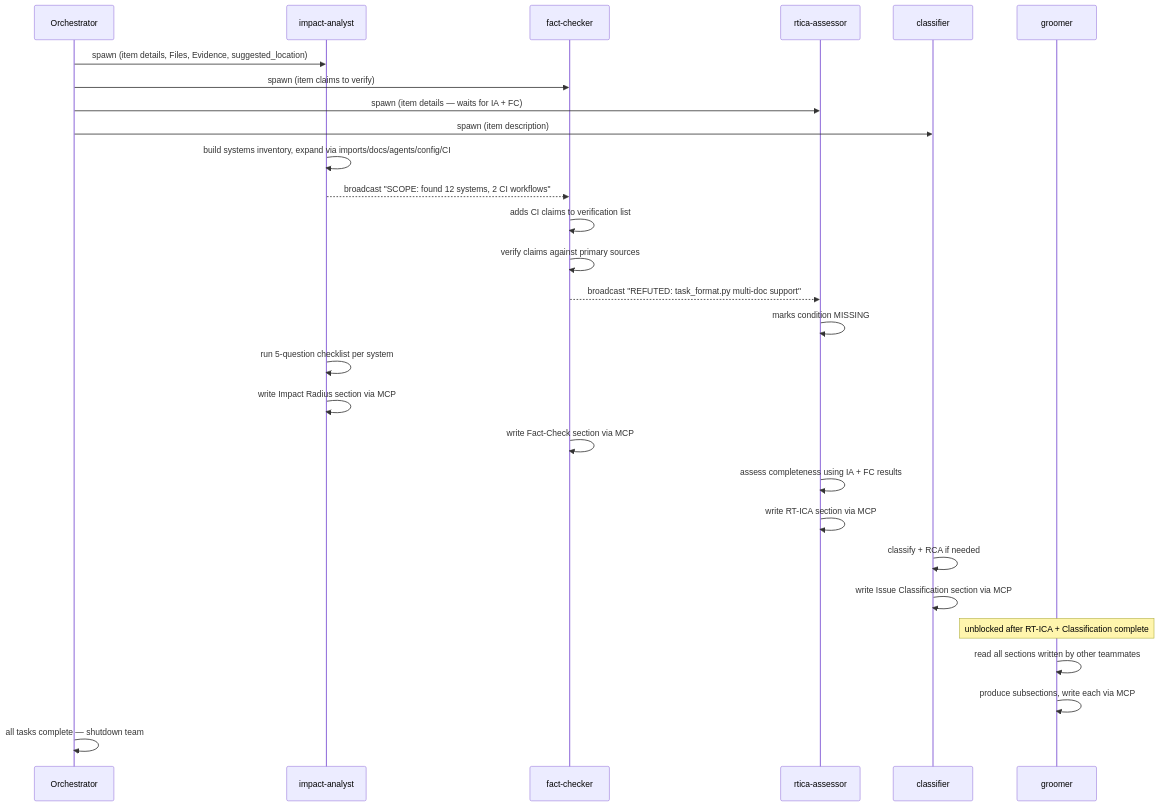
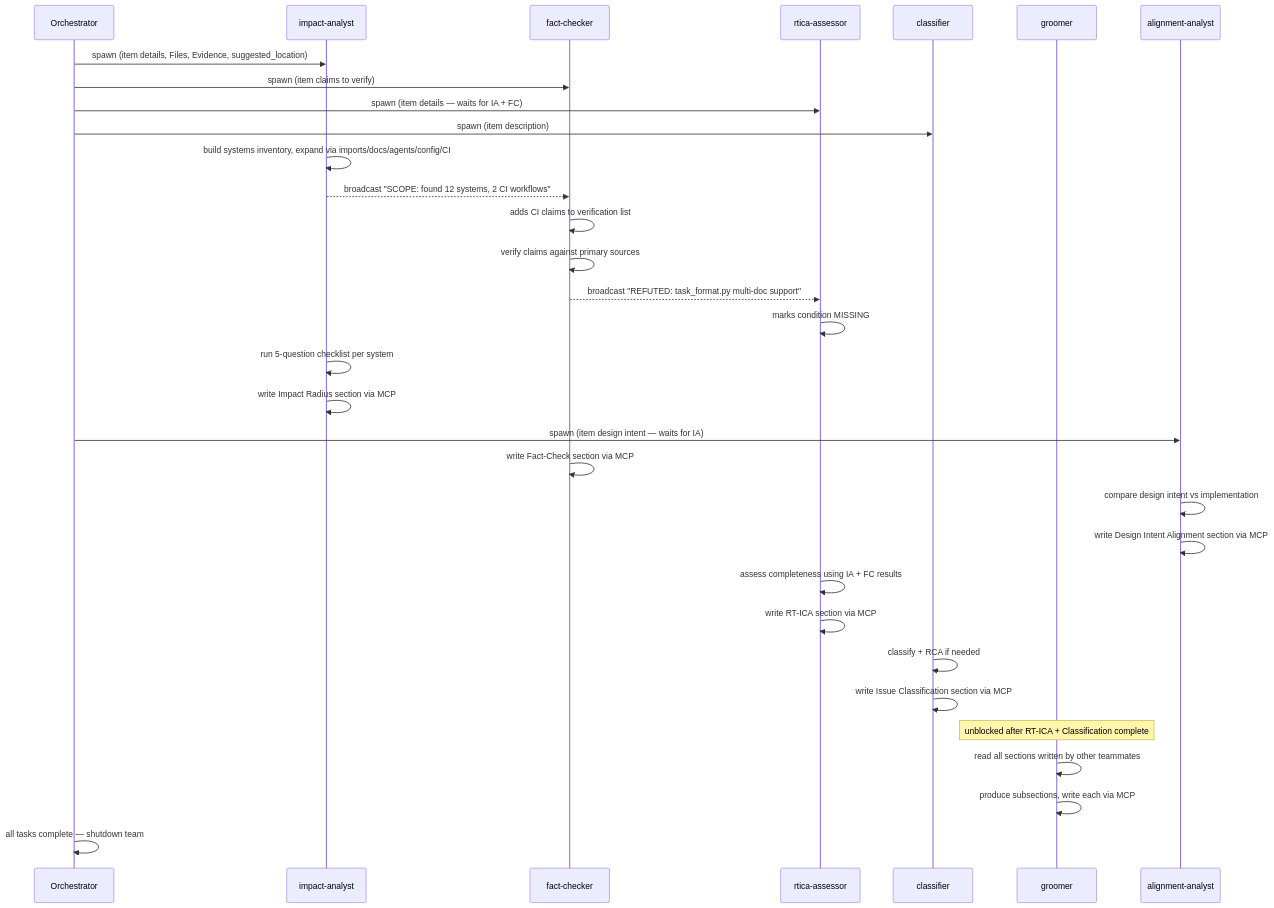
One commit to chgreer1070/claude_skills changed the first of 2 diagrams in plugins/development-harness/skills/work-backlog-item/references/workflows/groom/swarm.md. Above: the diagram before and after it, drawn with Mermaid. The commit also changed other lines of this file and 5 other files, not shown here.

First line of the commit message:
feat(dh): integrate alignment-analyst into grooming swarm (#996)

````diff
--- a/plugins/development-harness/skills/work-backlog-item/references/workflows/groom/swarm.md
+++ b/plugins/development-harness/skills/work-backlog-item/references/workflows/groom/swarm.md
@@ -47,39 +52,44 @@
 ```mermaid
 sequenceDiagram
     participant O as Orchestrator
     participant IA as impact-analyst
     participant FC as fact-checker
     participant RT as rtica-assessor
     participant CL as classifier
     participant GR as groomer
+    participant AA as alignment-analyst
 
     O->>IA: spawn (item details, Files, Evidence, suggested_location)
     O->>FC: spawn (item claims to verify)
     O->>RT: spawn (item details — waits for IA + FC)
     O->>CL: spawn (item description)
 
     IA->>IA: build systems inventory, expand via imports/docs/agents/config/CI
     IA-->>FC: broadcast "SCOPE: found 12 systems, 2 CI workflows"
     FC->>FC: adds CI claims to verification list
 
     FC->>FC: verify claims against primary sources
     FC-->>RT: broadcast "REFUTED: task_format.py multi-doc support"
     RT->>RT: marks condition MISSING
 
     IA->>IA: run 5-question checklist per system
     IA->>IA: write Impact Radius section via MCP
+    O->>AA: spawn (item design intent — waits for IA)
 
     FC->>FC: write Fact-Check section via MCP
+
+    AA->>AA: compare design intent vs implementation
+    AA->>AA: write Design Intent Alignment section via MCP
 
     RT->>RT: assess completeness using IA + FC results
     RT->>RT: write RT-ICA section via MCP
 
     CL->>CL: classify + RCA if needed
     CL->>CL: write Issue Classification section via MCP
 
     Note over GR: unblocked after RT-ICA + Classification complete
     GR->>GR: read all sections written by other teammates
     GR->>GR: produce subsections, write each via MCP
 
     O->>O: all tasks complete — shutdown team
 ```
````
